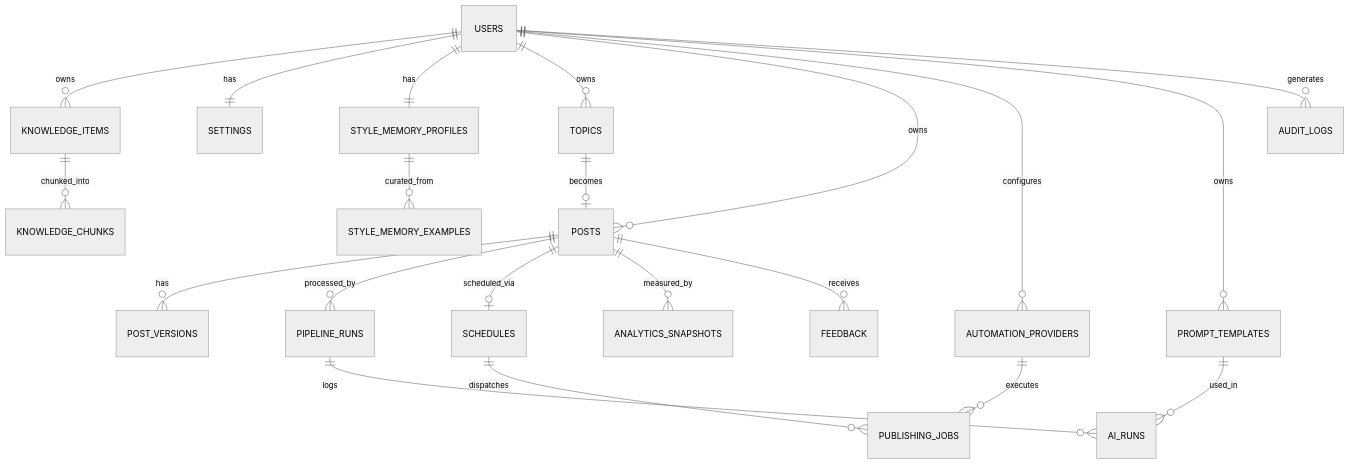
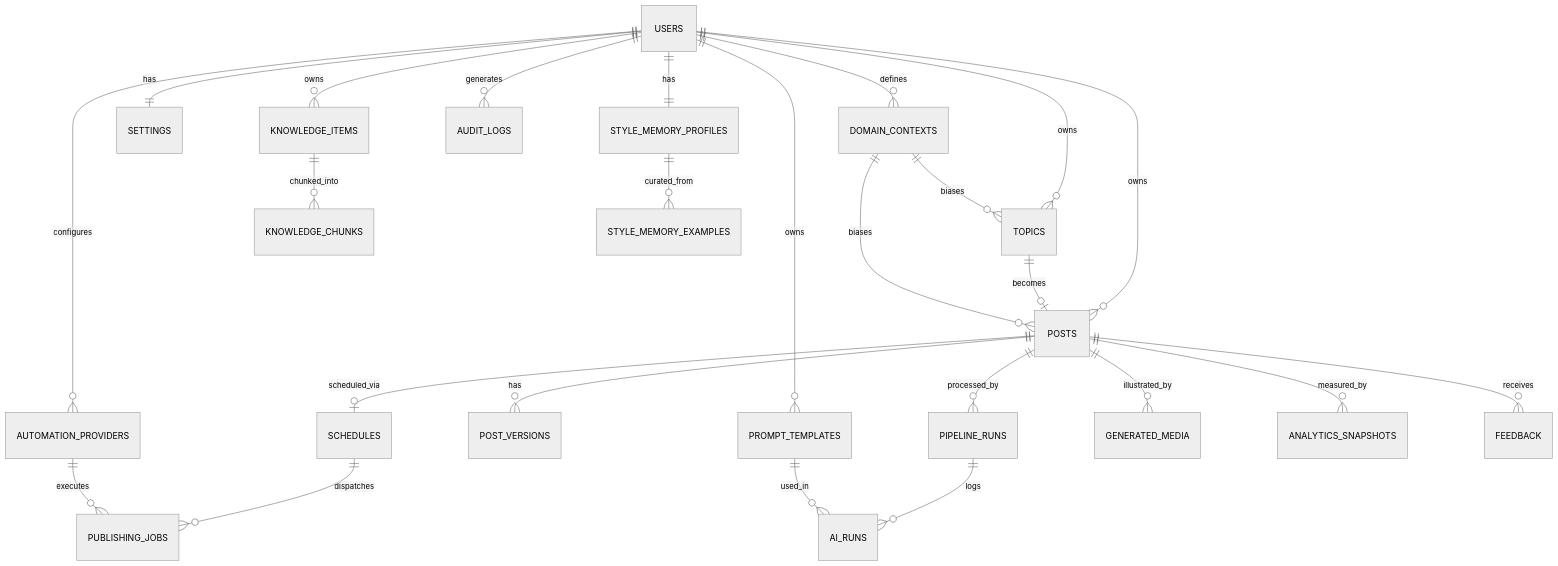
Before and after one commit to lazybrownass/content-engine-sm: the diagram in docs/05-Backend-Schema.md, drawn with Mermaid (neutral theme). The commit also changed other lines of this file and 6 other files, not shown here.

Commit message:
docs: formalize multi-domain, grill loop, media generation, and HMAC webhooks across all spec docs

````diff
--- a/docs/05-Backend-Schema.md
+++ b/docs/05-Backend-Schema.md
@@ -9,24 +9,28 @@
 ```mermaid
 erDiagram
     USERS ||--o{ KNOWLEDGE_ITEMS : owns
     USERS ||--|| SETTINGS : has
     USERS ||--|| STYLE_MEMORY_PROFILES : has
     USERS ||--o{ TOPICS : owns
     USERS ||--o{ POSTS : owns
     USERS ||--o{ AUTOMATION_PROVIDERS : configures
     USERS ||--o{ PROMPT_TEMPLATES : owns
     USERS ||--o{ AUDIT_LOGS : generates
+    USERS ||--o{ DOMAIN_CONTEXTS : defines
 
     KNOWLEDGE_ITEMS ||--o{ KNOWLEDGE_CHUNKS : chunked_into
     TOPICS ||--o| POSTS : becomes
+    DOMAIN_CONTEXTS ||--o{ TOPICS : biases
+    DOMAIN_CONTEXTS ||--o{ POSTS : biases
     POSTS ||--o{ POST_VERSIONS : has
     POSTS ||--o{ PIPELINE_RUNS : processed_by
     POSTS ||--o| SCHEDULES : scheduled_via
+    POSTS ||--o{ GENERATED_MEDIA : illustrated_by
     SCHEDULES ||--o{ PUBLISHING_JOBS : dispatches
     AUTOMATION_PROVIDERS ||--o{ PUBLISHING_JOBS : executes
     POSTS ||--o{ ANALYTICS_SNAPSHOTS : measured_by
     POSTS ||--o{ FEEDBACK : receives
     PIPELINE_RUNS ||--o{ AI_RUNS : logs
     PROMPT_TEMPLATES ||--o{ AI_RUNS : used_in
     STYLE_MEMORY_PROFILES ||--o{ STYLE_MEMORY_EXAMPLES : curated_from
 ```
````
